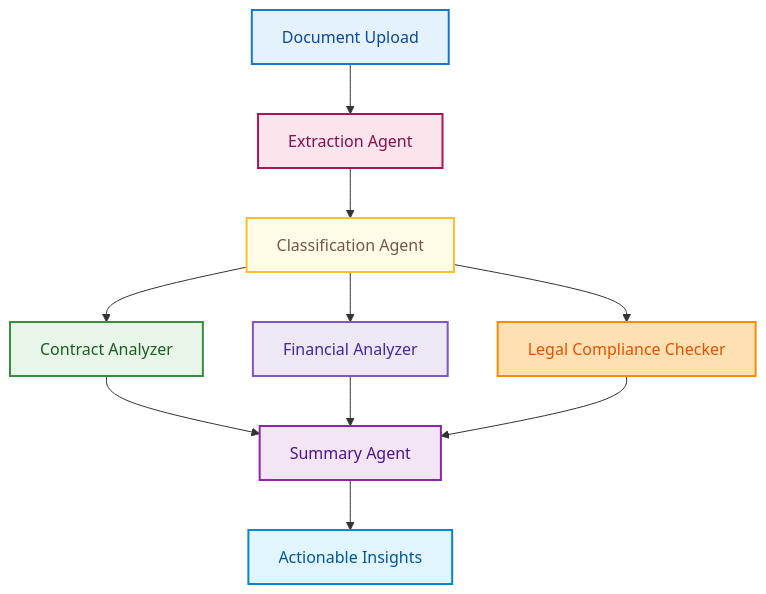
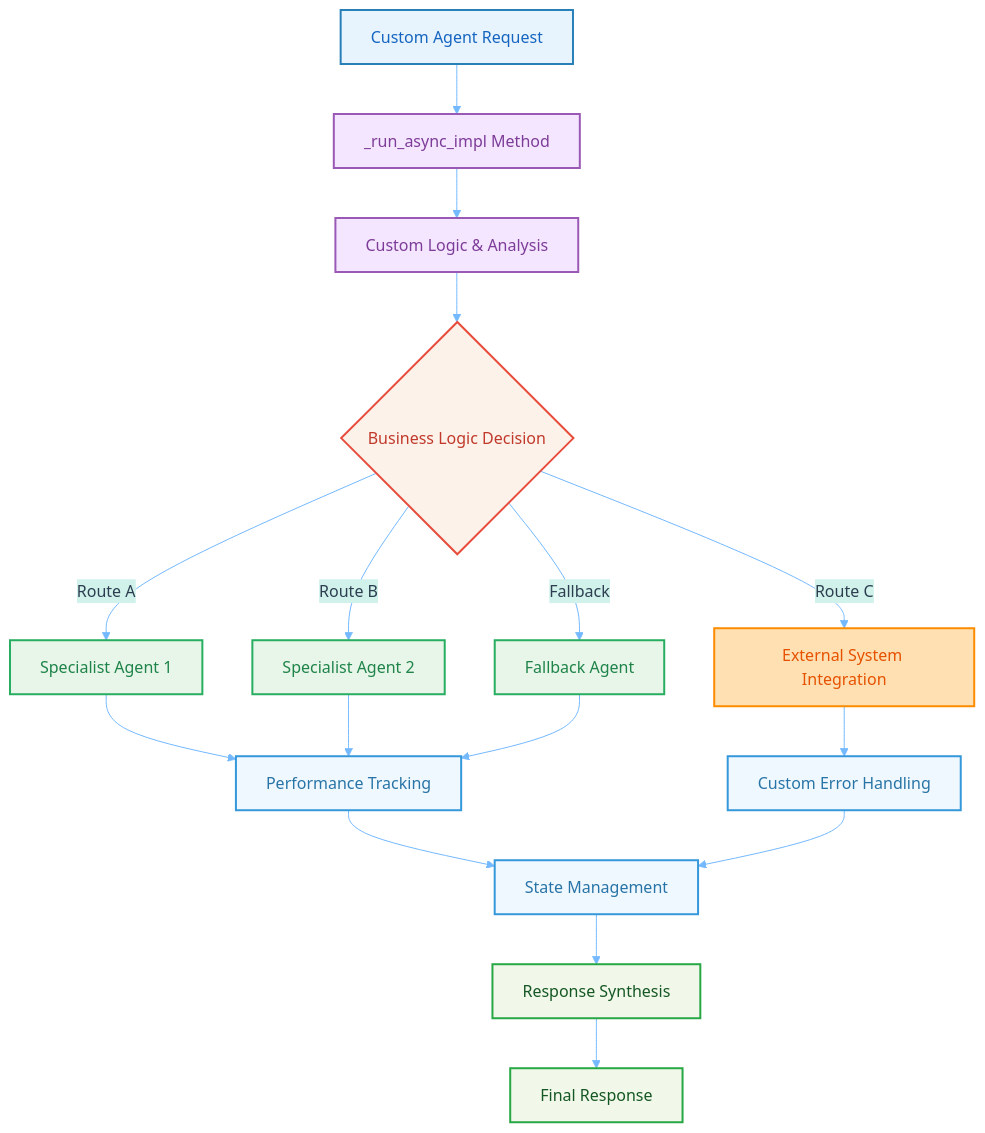
The tenth of 17 diagrams in 07_develop_ai_agent_with_google_adk.md (raphaelmansuy/tutorials), drawn with Mermaid before and after one commit. The commit also changed other lines of this file, not shown here.

Commit message:
Implement feature X to enhance user experience and optimize performance

````diff
--- a/07_develop_ai_agent_with_google_adk.md
+++ b/07_develop_ai_agent_with_google_adk.md
@@ -897,22 +1346,53 @@
 ```mermaid
-graph TD
-    A[Document Upload] --> B[Extraction Agent]
-    B --> C[Classification Agent]
-    C --> D1[Contract Analyzer]
-    C --> D2[Financial Analyzer]
-    C --> D3[Legal Compliance Checker]
-    D1 --> E[Summary Agent]
-    D2 --> E
-    D3 --> E
-    E --> F[Actionable Insights]
-
-    %% Pastel color palette with good contrast
-    style A fill:#e3f2fd,stroke:#1976d2,stroke-width:2px,color:#0d47a1
-    style B fill:#fce4ec,stroke:#ad1457,stroke-width:2px,color:#880e4f
-    style C fill:#fffde7,stroke:#fbc02d,stroke-width:2px,color:#795548
-    style D1 fill:#e8f5e9,stroke:#388e3c,stroke-width:2px,color:#1b5e20
-    style D2 fill:#ede7f6,stroke:#7e57c2,stroke-width:2px,color:#4527a0
-    style D3 fill:#ffe0b2,stroke:#fb8c00,stroke-width:2px,color:#e65100
-    style E fill:#f3e5f5,stroke:#8e24aa,stroke-width:2px,color:#4a148c
-    style F fill:#e1f5fe,stroke:#0288d1,stroke-width:2px,color:#01579b
+---
+config:
+  theme: base
+  themeVariables:
+    primaryColor: "#f8f9fa"
+    primaryTextColor: "#2c3e50"
+    primaryBorderColor: "#6c5ce7"
+    lineColor: "#74b9ff"
+    secondaryColor: "#d1f2eb"
+    tertiaryColor: "#ffeaa7"
+    background: "#ffffff"
+    mainBkg: "#f8f9fa"
+    secondBkg: "#d1f2eb"
+    tertiaryBkg: "#ffeaa7"
+---
+flowchart TD
+    A[Custom Agent Request] --> B[_run_async_impl Method]
+    B --> C[Custom Logic & Analysis]
+    
+    C --> D{Business Logic Decision}
+    D -->|Route A| E[Specialist Agent 1]
+    D -->|Route B| F[Specialist Agent 2]
+    D -->|Route C| G[External System Integration]
+    D -->|Fallback| H[Fallback Agent]
+    
+    E --> I[Performance Tracking]
+    F --> I
+    G --> J[Custom Error Handling]
+    H --> I
+    
+    I --> K[State Management]
+    J --> K
+    K --> L[Response Synthesis]
+    L --> M[Final Response]
+    
+    classDef request fill:#e8f4fd,stroke:#2980b9,stroke-width:2px,color:#1565c0
+    classDef custom fill:#f4e6ff,stroke:#9b59b6,stroke-width:2px,color:#7d3c98
+    classDef logic fill:#fff3e0,stroke:#f39c12,stroke-width:2px,color:#e67e22
+    classDef decision fill:#fdf2e9,stroke:#e74c3c,stroke-width:2px,color:#c0392b
+    classDef agent fill:#e8f5e9,stroke:#27ae60,stroke-width:2px,color:#1e8449
+    classDef external fill:#ffe0b2,stroke:#fb8c00,stroke-width:2px,color:#e65100
+    classDef management fill:#f0f8ff,stroke:#3498db,stroke-width:2px,color:#2874a6
+    classDef output fill:#f1f8e9,stroke:#28a745,stroke-width:2px,color:#155724
+    
+    class A request
+    class B,C custom
+    class D decision
+    class E,F,H agent
+    class G external
+    class I,J,K management
+    class L,M output
 ```
````
